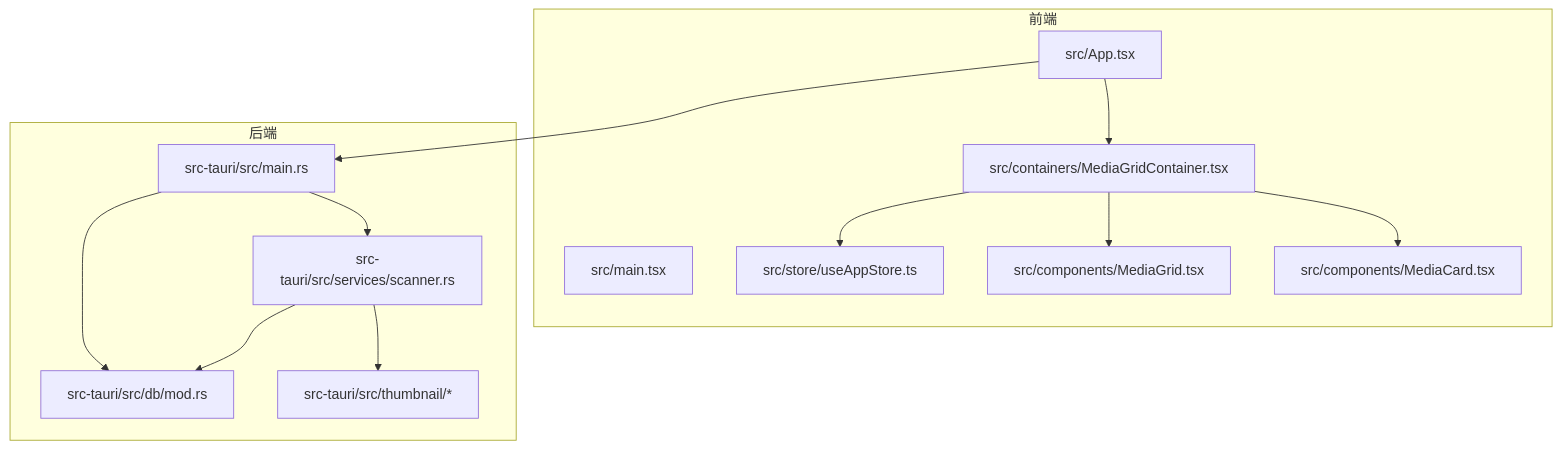
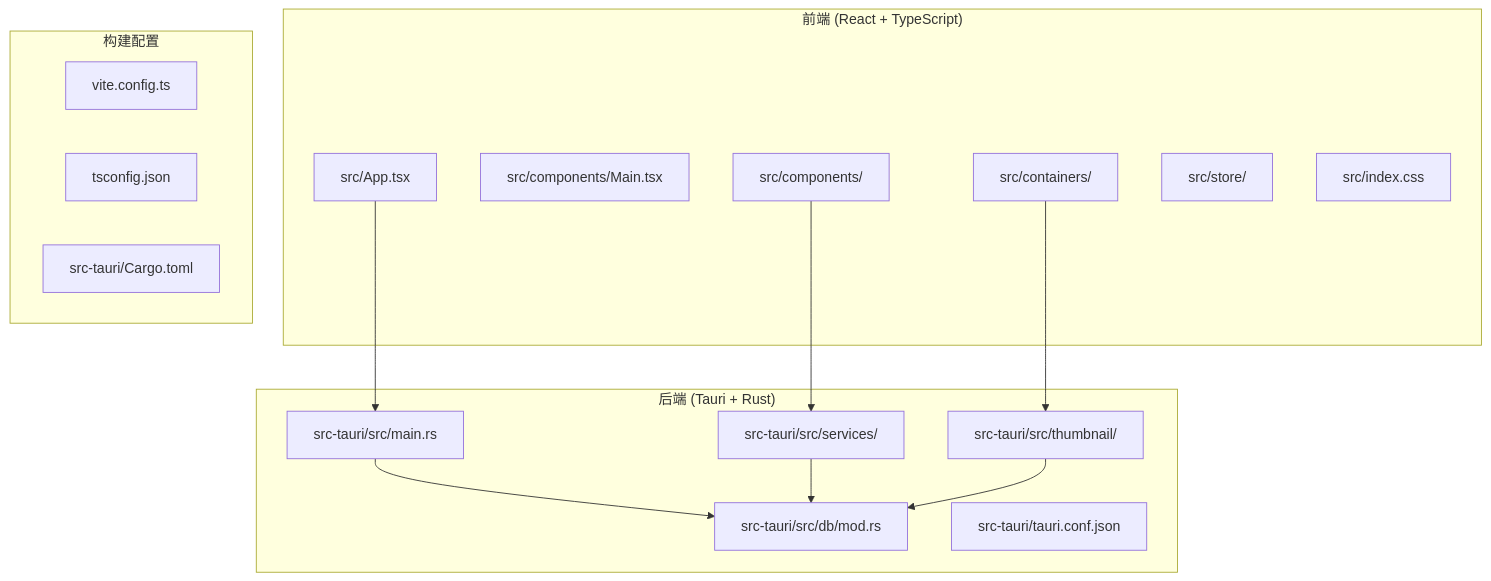
One commit to YLee9527/Medex changed the diagram in doc/repowiki/zh/content/开发指南/开发指南.md. Above: the diagram before and after it, drawn with Mermaid. The commit also changed other lines of this file and 31 other files, not shown here.

First line of the commit message:
docs(doc): 添加部署脚本、锁屏功能、发布指南及设置按钮图标文档

````diff
--- a/doc/repowiki/zh/content/开发指南/开发指南.md
+++ b/doc/repowiki/zh/content/开发指南/开发指南.md
@@ -55,26 +91,29 @@
 ```mermaid
 graph TB
-subgraph "前端"
-FE_Main["src/main.tsx"]
+subgraph "前端 (React + TypeScript)"
 FE_App["src/App.tsx"]
-FE_Store["src/store/useAppStore.ts"]
-FE_MediaGrid["src/components/MediaGrid.tsx"]
-FE_MediaCard["src/components/MediaCard.tsx"]
-FE_MediaGridContainer["src/containers/MediaGridContainer.tsx"]
+FE_Main["src/components/Main.tsx"]
+FE_Components["src/components/"]
+FE_Containers["src/containers/"]
+FE_Store["src/store/"]
+FE_CSS["src/index.css"]
 end
-subgraph "后端"
+subgraph "后端 (Tauri + Rust)"
 BE_Main["src-tauri/src/main.rs"]
 BE_DB["src-tauri/src/db/mod.rs"]
-BE_Services["src-tauri/src/services/scanner.rs"]
-BE_Thumbs["src-tauri/src/thumbnail/*"]
+BE_Services["src-tauri/src/services/"]
+BE_Thumbnail["src-tauri/src/thumbnail/"]
+BE_Config["src-tauri/tauri.conf.json"]
 end
-FE_App --> FE_MediaGridContainer
-FE_MediaGridContainer --> FE_MediaGrid
-FE_MediaGridContainer --> FE_MediaCard
-FE_MediaGridContainer --> FE_Store
+subgraph "构建配置"
+Build_Vite["vite.config.ts"]
+Build_TS["tsconfig.json"]
+Build_Cargo["src-tauri/Cargo.toml"]
+end
 FE_App --> BE_Main
+FE_Components --> BE_Services
+FE_Containers --> BE_Thumbnail
 BE_Main --> BE_DB
-BE_Main --> BE_Services
 BE_Services --> BE_DB
-BE_Services --> BE_Thumbs
+BE_Thumbnail --> BE_DB
 ```
````
